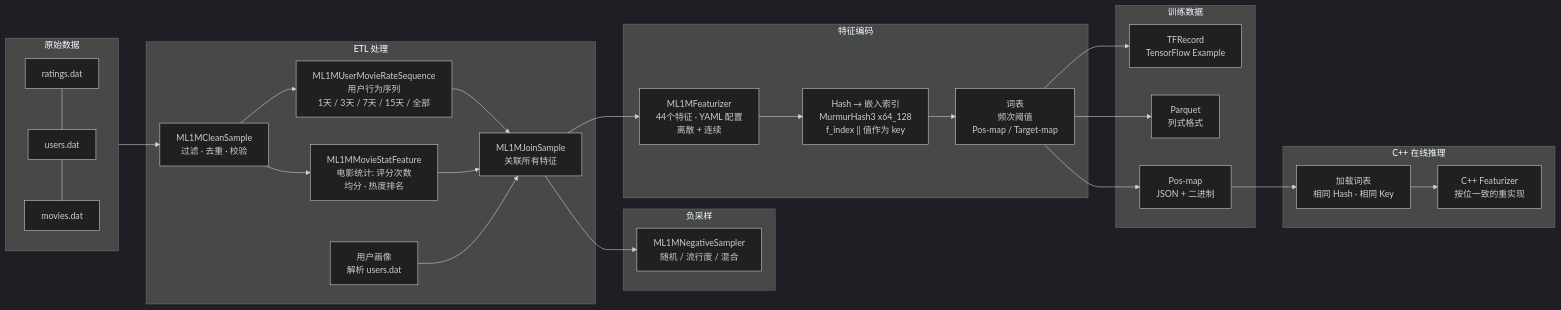
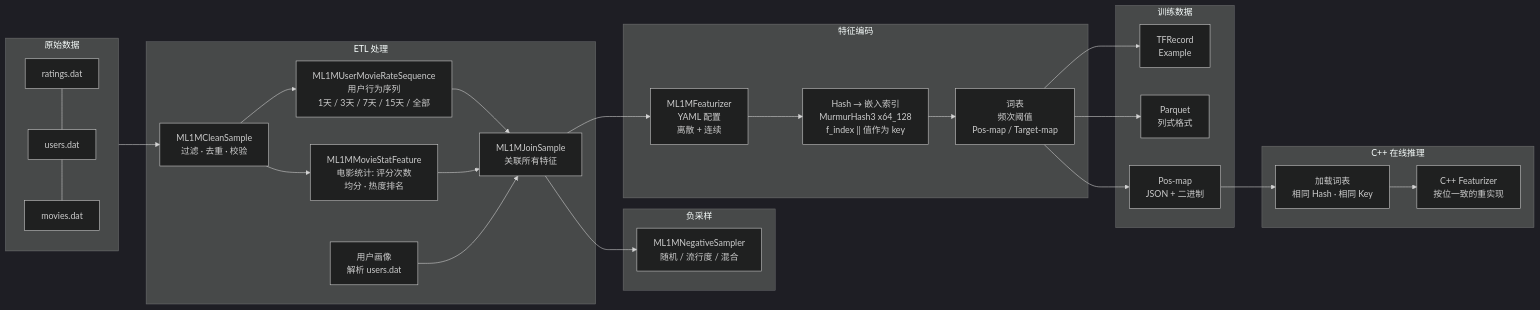
One commit to shardzhang/gerbil-data changed the first of 2 diagrams in README_CH.md. Above: the diagram before and after it, drawn with Mermaid (dark theme). The commit also changed other lines of this file and 5 other files, not shown here.

````diff
--- a/README_CH.md
+++ b/README_CH.md
@@ -90,44 +89,44 @@
 ```mermaid
 flowchart LR
     subgraph Raw[原始数据]
         direction TB
         R1[ratings.dat] --- R2[users.dat] --- R3[movies.dat]
     end
 
     subgraph ETL[ETL 处理]
         C[ML1MCleanSample<br/>过滤 · 去重 · 校验]
         U[ML1MUserMovieRateSequence<br/>用户行为序列<br/>1天 / 3天 / 7天 / 15天 / 全部]
         M[ML1MMovieStatFeature<br/>电影统计: 评分次数<br/>均分 · 热度排名]
         P[用户画像<br/>解析 users.dat]
         J[ML1MJoinSample<br/>关联所有特征]
     end
 
     subgraph Sampling[负采样]
         N[ML1MNegativeSampler<br/>随机 / 流行度 / 混合]
     end
 
     subgraph Encoding[特征编码]
-        F[ML1MFeaturizer<br/>44个特征 · YAML 配置<br/>离散 + 连续]
+        F[ML1MFeaturizer<br/>YAML 配置<br/>离散 + 连续]
         H[Hash → 嵌入索引<br/>MurmurHash3 x64_128<br/>f_index #124;#124; 值作为 key]
         V[词表<br/>频次阈值<br/>Pos-map / Target-map]
     end
 
     subgraph Train[训练数据]
-        T[TFRecord<br/>TensorFlow Example]
+        T[TFRecord<br/>Example]
         Pq[Parquet<br/>列式格式]
         Pm[Pos-map<br/>JSON + 二进制]
     end
 
     subgraph Serving[C++ 在线推理]
         Cp[C++ Featurizer<br/>按位一致的重实现]
         Ld[加载词表<br/>相同 Hash · 相同 Key]
     end
 
     Raw --> C
     C --> U & M
     U & M & P --> J
     J --> N & F
     F --> H --> V
     V --> T & Pq & Pm
     Pm --> Ld --> Cp
 ```
````
